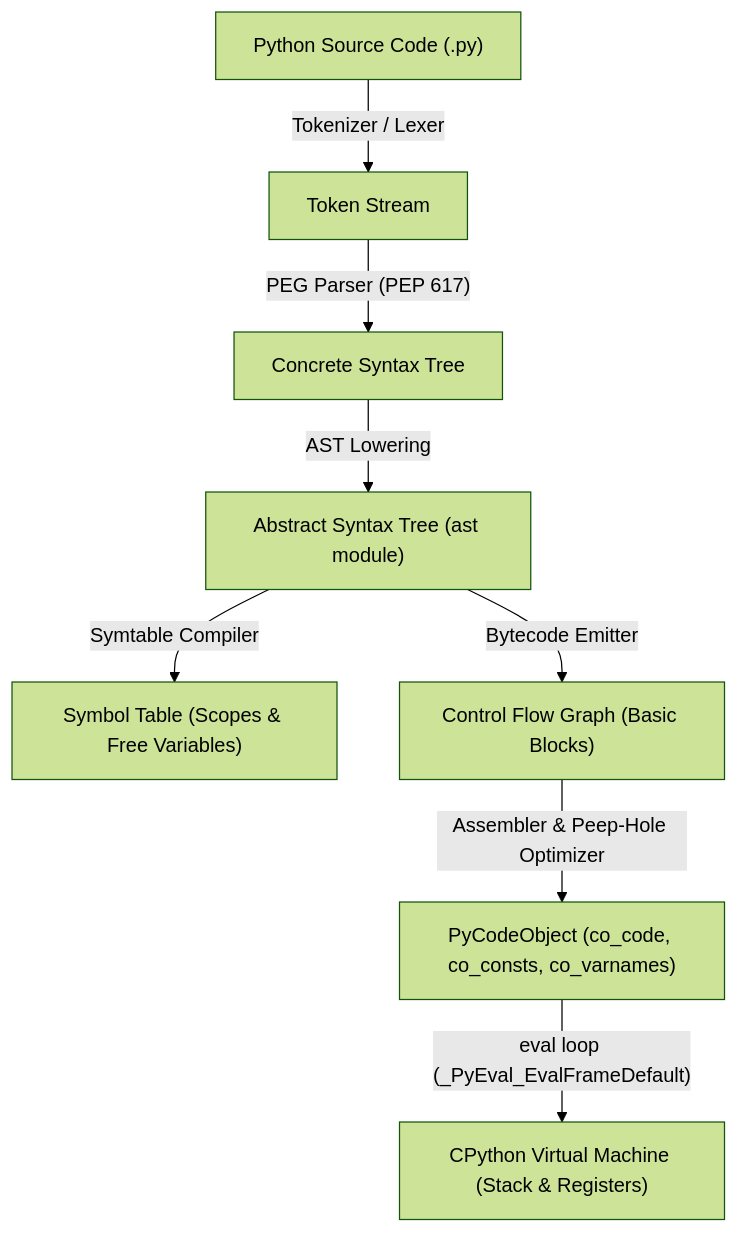
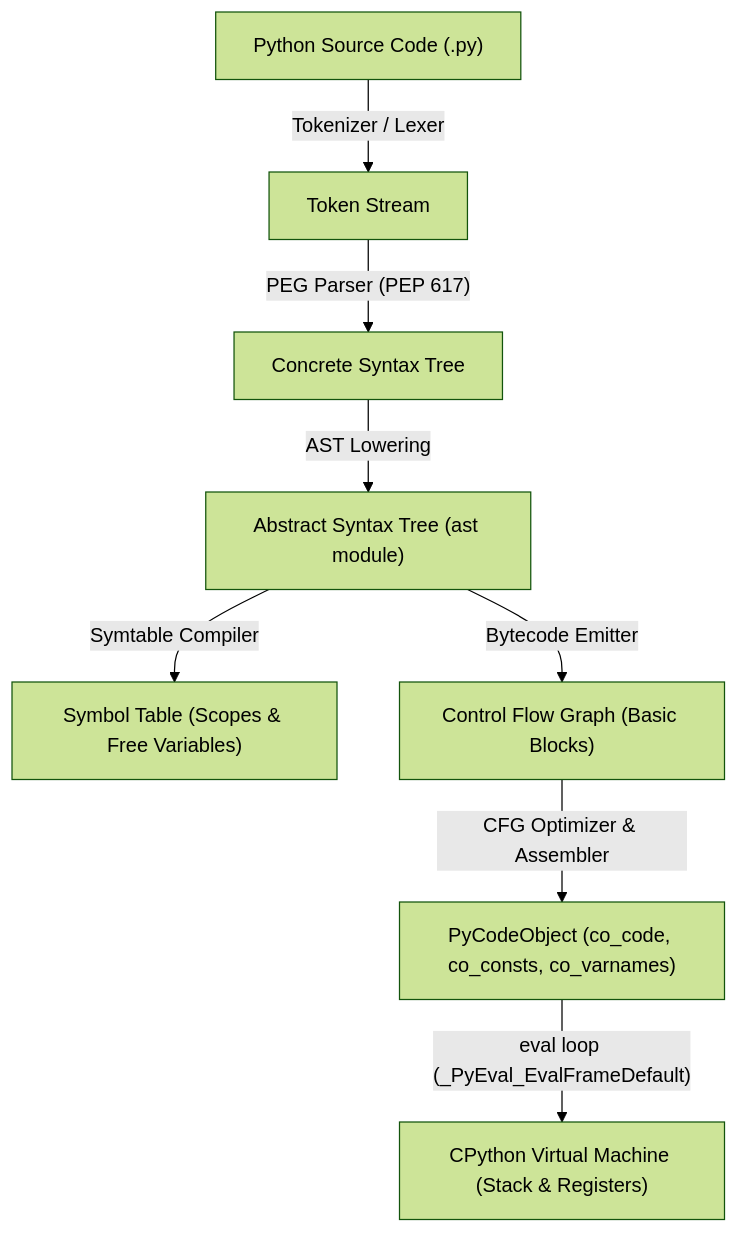
The first of 2 diagrams in languages/python/modules/01-execution-model-and-tooling.md (espoem/zero-to-one), drawn with Mermaid (forest theme) before and after one commit. The commit also changed other lines of this file and 9 other files, not shown here.

````diff
--- a/languages/python/modules/01-execution-model-and-tooling.md
+++ b/languages/python/modules/01-execution-model-and-tooling.md
@@ -13,10 +13,10 @@
 ```mermaid
 flowchart TD
     Source["Python Source Code (.py)"] -->|"Tokenizer / Lexer"| Tokens["Token Stream"]
     Tokens -->|"PEG Parser (PEP 617)"| CST["Concrete Syntax Tree"]
     CST -->|"AST Lowering"| AST["Abstract Syntax Tree (ast module)"]
     AST -->|"Symtable Compiler"| Sym["Symbol Table (Scopes & Free Variables)"]
     AST -->|"Bytecode Emitter"| CFG["Control Flow Graph (Basic Blocks)"]
-    CFG -->|"Assembler & Peep-Hole Optimizer"| Bytecode["PyCodeObject (co_code, co_consts, co_varnames)"]
+    CFG -->|"CFG Optimizer & Assembler"| Bytecode["PyCodeObject (co_code, co_consts, co_varnames)"]
     Bytecode -->|"eval loop (_PyEval_EvalFrameDefault)"| VM["CPython Virtual Machine (Stack & Registers)"]
 ```
````
